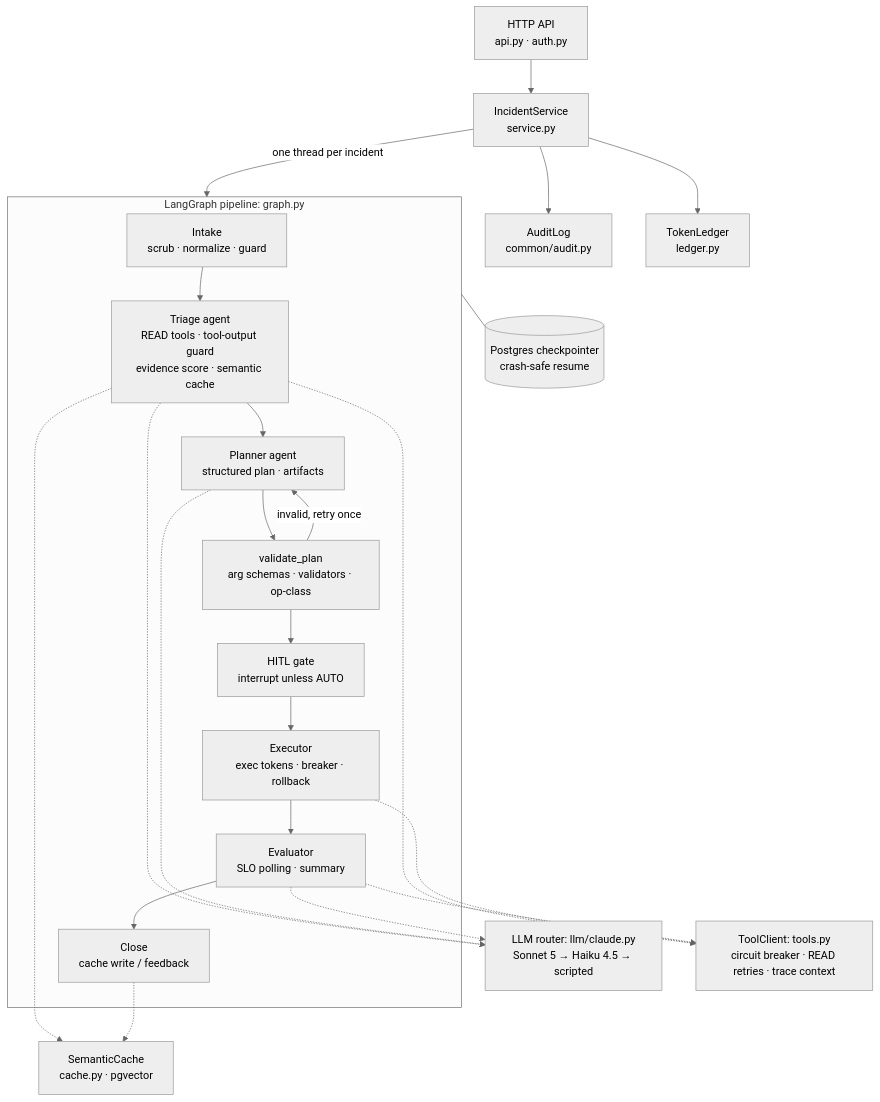
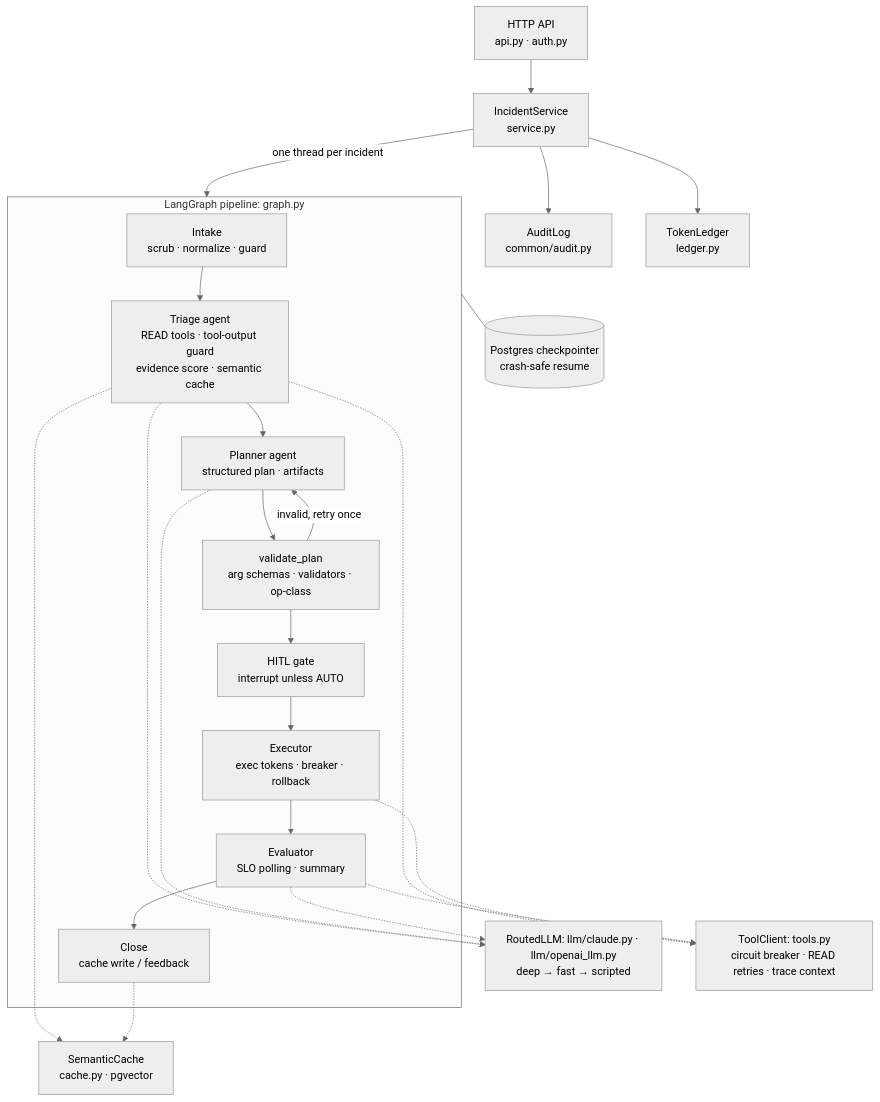
The diagram in docs/architecture/02-orchestrator-components.md (SuchitraShelke/CloudScale-Incident-Remediation), drawn with Mermaid (neutral theme) before and after one commit. The commit also changed 26 other files, not shown here.

````diff
--- a/docs/architecture/02-orchestrator-components.md
+++ b/docs/architecture/02-orchestrator-components.md
@@ -5,38 +5,38 @@
 ```mermaid
 flowchart TB
     api[HTTP API<br/>api.py · auth.py] --> svc[IncidentService<br/>service.py]
     svc -->|one thread per incident| pipeline
 
     subgraph pipeline [LangGraph pipeline: graph.py]
         intake[Intake<br/>scrub · normalize · guard]
         triage[Triage agent<br/>READ tools · tool-output guard<br/>evidence score · semantic cache]
         planner[Planner agent<br/>structured plan · artifacts]
         validate[validate_plan<br/>arg schemas · validators · op-class]
         gate[HITL gate<br/>interrupt unless AUTO]
         execute[Executor<br/>exec tokens · breaker · rollback]
         evaluate[Evaluator<br/>SLO polling · summary]
         close[Close<br/>cache write / feedback]
         intake --> triage --> planner --> validate
         validate -->|invalid, retry once| planner
         validate --> gate --> execute --> evaluate --> close
     end
 
-    llm[LLM router: llm/claude.py<br/>Sonnet 5 → Haiku 4.5 → scripted]
+    llm[RoutedLLM: llm/claude.py · llm/openai_llm.py<br/>deep → fast → scripted]
     cache[SemanticCache<br/>cache.py · pgvector]
     tools[ToolClient: tools.py<br/>circuit breaker · READ retries · trace context]
     audit[AuditLog<br/>common/audit.py]
     ledger[TokenLedger<br/>ledger.py]
     ckpt[(Postgres checkpointer<br/>crash-safe resume)]
 
     triage -.-> llm
     planner -.-> llm
     evaluate -.-> llm
     triage -.-> cache
     close -.-> cache
     triage -.-> tools
     execute -.-> tools
     evaluate -.-> tools
     svc --> audit
     svc --> ledger
     pipeline --- ckpt
 ```
````
